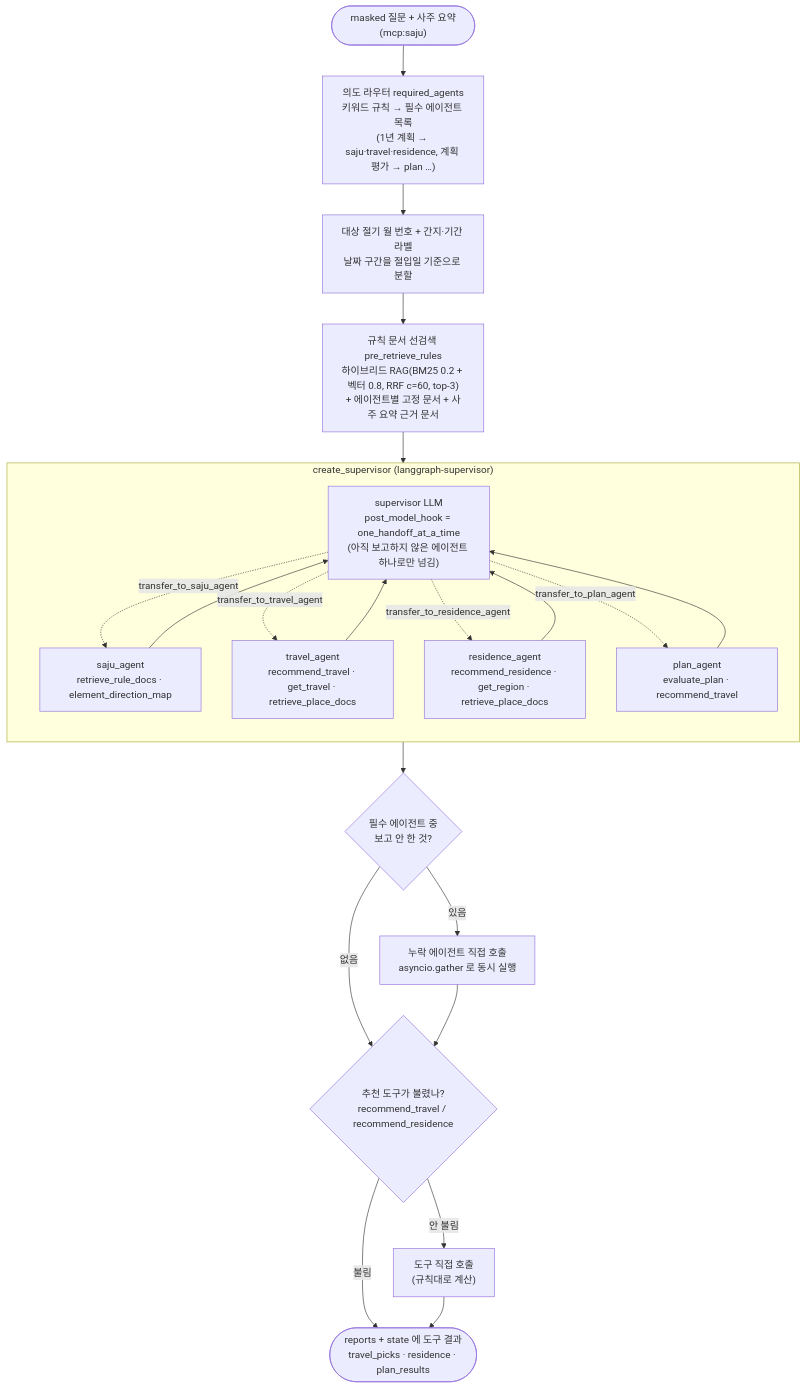
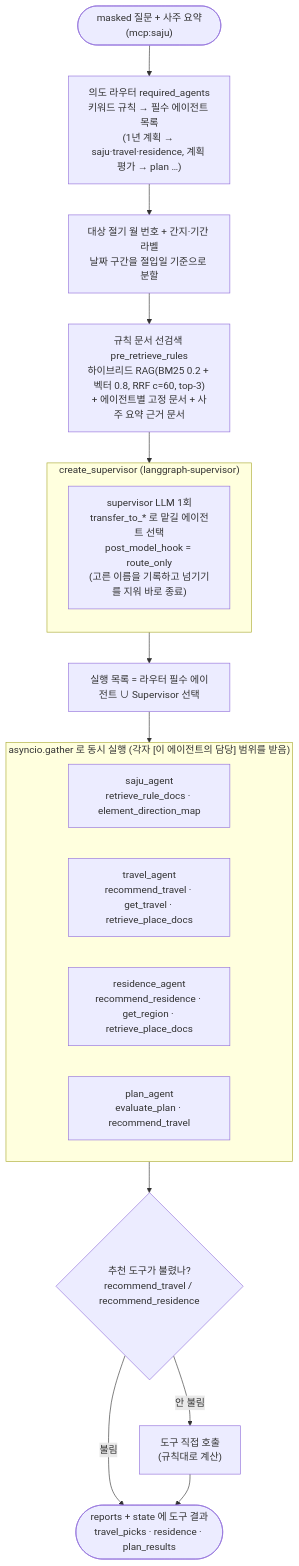
One commit to samaishit/mini-pjt_samaishit changed the third of 8 diagrams in docs/architecture.md. Above: the diagram before and after it, drawn with Mermaid. The commit also changed other lines of this file and 17 other files, not shown here.

````diff
--- a/docs/architecture.md
+++ b/docs/architecture.md
@@ -63,28 +71,28 @@
 ```mermaid
 flowchart TD
     IN(["masked 질문 + 사주 요약(mcp:saju)"]) --> RT["의도 라우터 required_agents<br/>키워드 규칙 → 필수 에이전트 목록<br/>(1년 계획 → saju·travel·residence, 계획 평가 → plan …)"]
     RT --> IDX["대상 절기 월 번호 + 간지·기간 라벨<br/>날짜 구간을 절입일 기준으로 분할"]
     IDX --> PRE["규칙 문서 선검색 pre_retrieve_rules<br/>하이브리드 RAG(BM25 0.2 + 벡터 0.8, RRF c=60, top-3)<br/>+ 에이전트별 고정 문서 + 사주 요약 근거 문서"]
     PRE --> SV
 
     subgraph SV["create_supervisor (langgraph-supervisor)"]
         direction TB
-        S["supervisor LLM<br/>post_model_hook = one_handoff_at_a_time<br/>(아직 보고하지 않은 에이전트 하나로만 넘김)"]
-        S -.->|transfer_to_saju_agent| A1["saju_agent<br/>retrieve_rule_docs · element_direction_map"]
-        S -.->|transfer_to_travel_agent| A2["travel_agent<br/>recommend_travel · get_travel · retrieve_place_docs"]
-        S -.->|transfer_to_residence_agent| A3["residence_agent<br/>recommend_residence · get_region · retrieve_place_docs"]
-        S -.->|transfer_to_plan_agent| A4["plan_agent<br/>evaluate_plan · recommend_travel"]
-        A1 --> S
-        A2 --> S
-        A3 --> S
-        A4 --> S
+        S["supervisor LLM 1회<br/>transfer_to_* 로 맡길 에이전트 선택<br/>post_model_hook = route_only<br/>(고른 이름을 기록하고 넘기기를 지워 바로 종료)"]
     end
 
-    SV --> MISS{"필수 에이전트 중<br/>보고 안 한 것?"}
-    MISS -->|있음| FB["누락 에이전트 직접 호출<br/>asyncio.gather 로 동시 실행"]
-    MISS -->|없음| DET
-    FB --> DET{"추천 도구가 불렸나?<br/>recommend_travel / recommend_residence"}
+    SV --> UNION["실행 목록 = 라우터 필수 에이전트 ∪ Supervisor 선택"]
+    UNION --> PAR
+
+    subgraph PAR["asyncio.gather 로 동시 실행 (각자 [이 에이전트의 담당] 범위를 받음)"]
+        direction LR
+        A1["saju_agent<br/>retrieve_rule_docs · element_direction_map"]
+        A2["travel_agent<br/>recommend_travel · get_travel · retrieve_place_docs"]
+        A3["residence_agent<br/>recommend_residence · get_region · retrieve_place_docs"]
+        A4["plan_agent<br/>evaluate_plan · recommend_travel"]
+    end
+
+    PAR --> DET{"추천 도구가 불렸나?<br/>recommend_travel / recommend_residence"}
     DET -->|안 불림| CALL["도구 직접 호출<br/>(규칙대로 계산)"]
     DET -->|불림| OUT
     CALL --> OUT(["reports + state 에 도구 결과<br/>travel_picks · residence · plan_results"])
 ```
````
